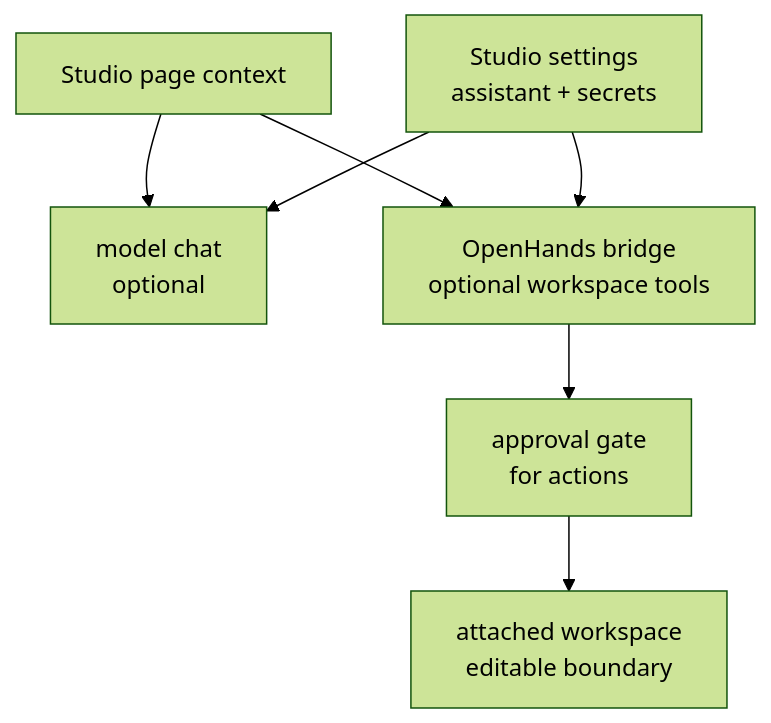
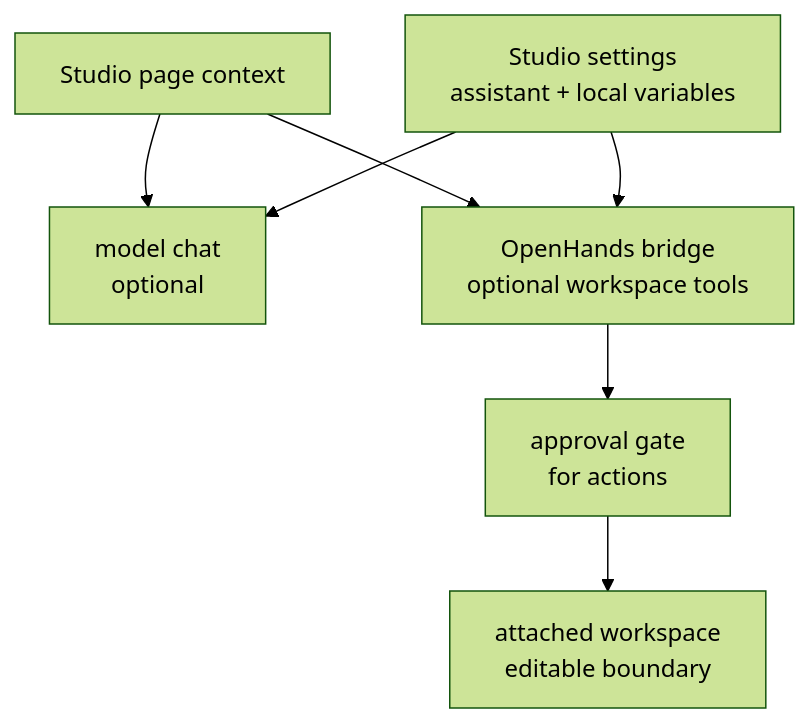
Before and after one commit to MINDS-THU/OptPilot: the diagram in studio/src/optpilot_studio/docs_assets/assistant.md, drawn with Mermaid (forest theme). The commit also changed other lines of this file and 779 other files, not shown here.

````diff
--- a/studio/src/optpilot_studio/docs_assets/assistant.md
+++ b/studio/src/optpilot_studio/docs_assets/assistant.md
@@ -64,16 +64,16 @@
 ```mermaid
 flowchart TB
   Studio["Studio page context"]
-  Settings["Studio settings\nassistant + secrets"]
+  Settings["Studio settings\nassistant + local variables"]
   Chat["model chat\noptional"]
   OpenHands["OpenHands bridge\noptional workspace tools"]
   Approval["approval gate\nfor actions"]
   Workspace["attached workspace\neditable boundary"]
 
   Studio --> Chat
   Settings --> Chat
   Studio --> OpenHands
   Settings --> OpenHands
   OpenHands --> Approval
   Approval --> Workspace
 ```
````
